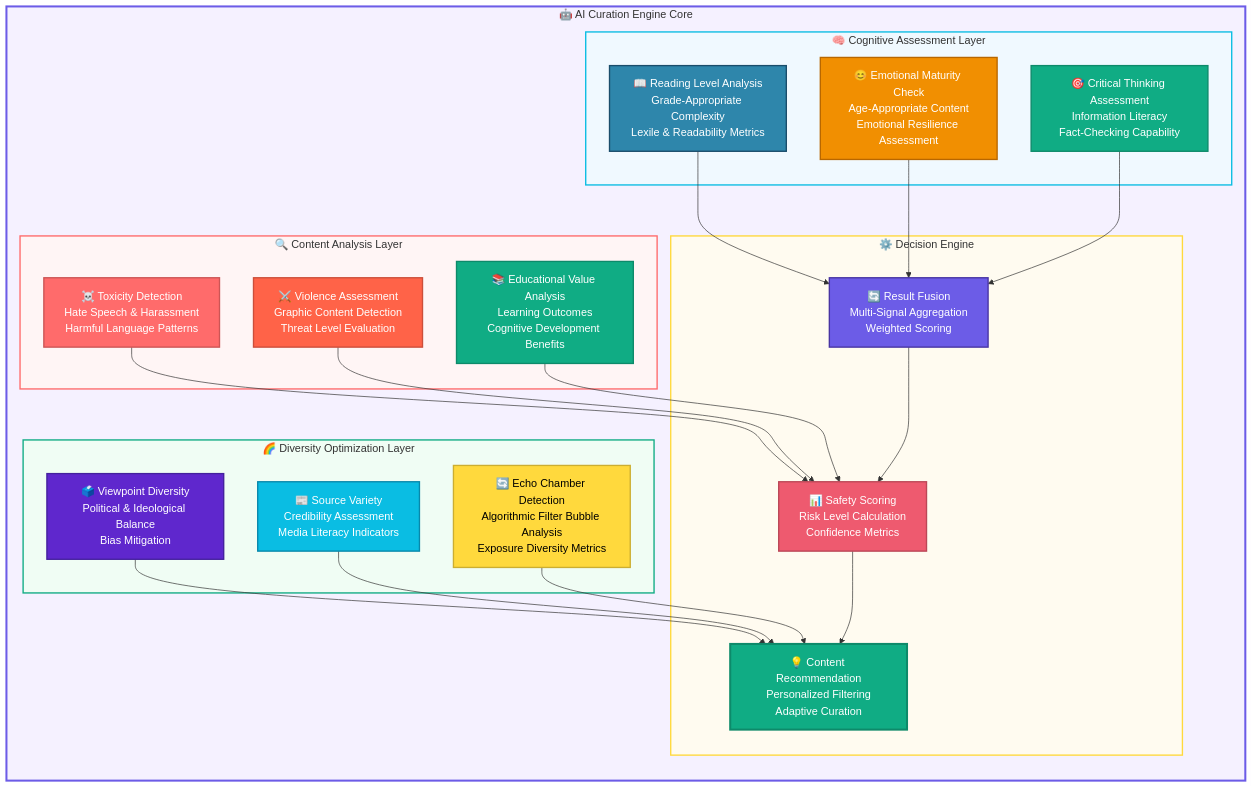
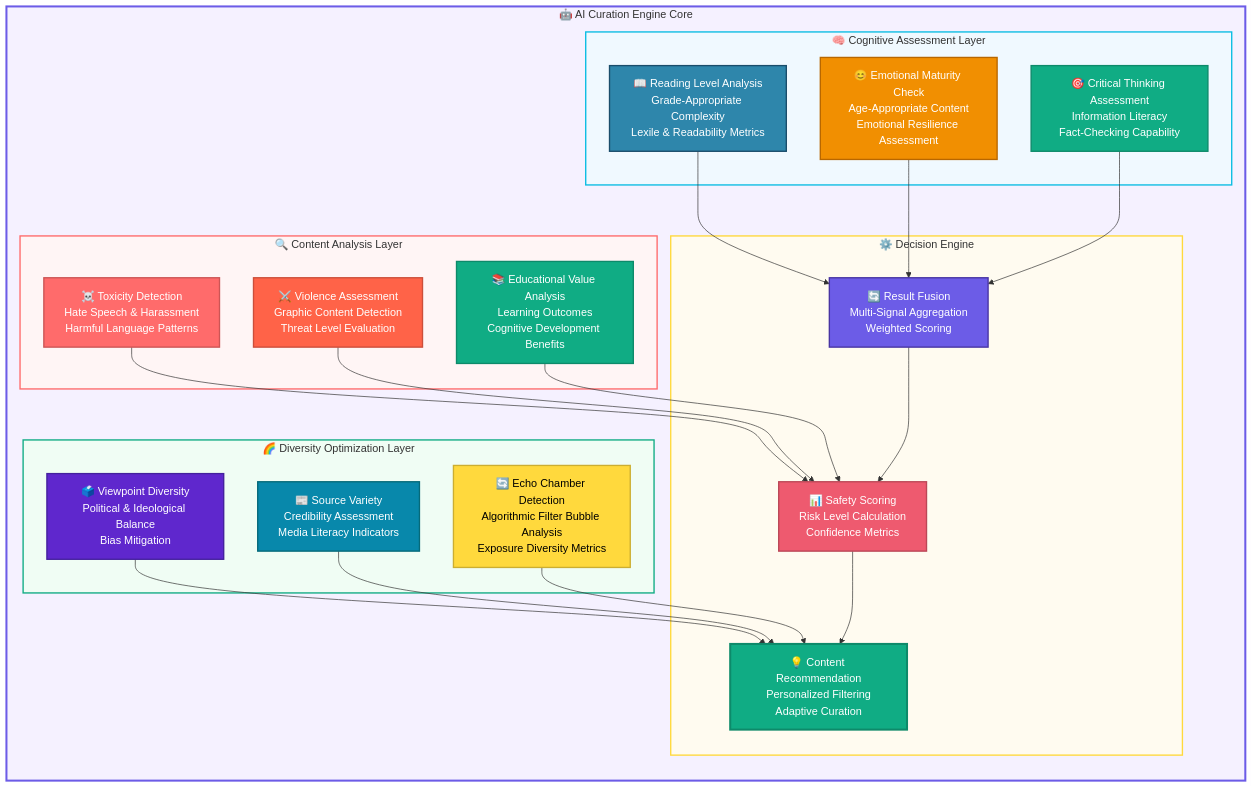
Before and after one commit to gitmujoshi/ai-curation-engine-cursor-generated: the fourth of 13 diagrams in docs/architecture/AI_Curation_Engine_Architecture.md, drawn with Mermaid. The commit also changed other lines of this file and 6 other files, not shown here.

First line of the commit message:
Fix text contrast issues in architecture diagrams

````diff
--- a/docs/architecture/AI_Curation_Engine_Architecture.md
+++ b/docs/architecture/AI_Curation_Engine_Architecture.md
@@ -740,65 +740,65 @@
 ```mermaid
 graph TB
     subgraph CORE["🤖 AI Curation Engine Core"]
         direction TB
         
         subgraph COGNITIVE["🧠 Cognitive Assessment Layer"]
             READING["📖 Reading Level Analysis<br/>Grade-Appropriate Complexity<br/>Lexile & Readability Metrics"]
             EMOTIONAL["😊 Emotional Maturity Check<br/>Age-Appropriate Content<br/>Emotional Resilience Assessment"]
             CRITICAL["🎯 Critical Thinking Assessment<br/>Information Literacy<br/>Fact-Checking Capability"]
         end
         
         subgraph ANALYSIS["🔍 Content Analysis Layer"]
             TOXICITY["☠️ Toxicity Detection<br/>Hate Speech & Harassment<br/>Harmful Language Patterns"]
             VIOLENCE["⚔️ Violence Assessment<br/>Graphic Content Detection<br/>Threat Level Evaluation"]
             EDUCATIONAL["📚 Educational Value Analysis<br/>Learning Outcomes<br/>Cognitive Development Benefits"]
         end
         
         subgraph DIVERSITY["🌈 Diversity Optimization Layer"]
             VIEWPOINT["🗳️ Viewpoint Diversity<br/>Political & Ideological Balance<br/>Bias Mitigation"]
             SOURCE["📰 Source Variety<br/>Credibility Assessment<br/>Media Literacy Indicators"]
             ECHO["🔄 Echo Chamber Detection<br/>Algorithmic Filter Bubble Analysis<br/>Exposure Diversity Metrics"]
         end
         
         subgraph DECISION["⚙️ Decision Engine"]
             COMBINE["🔄 Result Fusion<br/>Multi-Signal Aggregation<br/>Weighted Scoring"]
             SCORE["📊 Safety Scoring<br/>Risk Level Calculation<br/>Confidence Metrics"]
             RECOMMEND["💡 Content Recommendation<br/>Personalized Filtering<br/>Adaptive Curation"]
         end
     end
     
     READING --> COMBINE
     EMOTIONAL --> COMBINE
     CRITICAL --> COMBINE
     
     TOXICITY --> SCORE
     VIOLENCE --> SCORE
     EDUCATIONAL --> SCORE
     
     VIEWPOINT --> RECOMMEND
     SOURCE --> RECOMMEND
     ECHO --> RECOMMEND
     
     COMBINE --> SCORE
     SCORE --> RECOMMEND
     
     %% Professional color scheme
     style CORE fill:#F5F1FF,stroke:#6C5CE7,stroke-width:3px
     style COGNITIVE fill:#F0F9FF,stroke:#0ABDE3,stroke-width:2px
     style ANALYSIS fill:#FFF5F5,stroke:#FF6B6B,stroke-width:2px
     style DIVERSITY fill:#F0FDF4,stroke:#10AC84,stroke-width:2px
     style DECISION fill:#FFFBF0,stroke:#FFD93D,stroke-width:2px
     
     style READING fill:#2E86AB,stroke:#1A4D6B,stroke-width:2px,color:#fff
     style EMOTIONAL fill:#F18F01,stroke:#B86700,stroke-width:2px,color:#fff
     style CRITICAL fill:#10AC84,stroke:#0D8A6A,stroke-width:2px,color:#fff
     style TOXICITY fill:#FF6B6B,stroke:#CC5555,stroke-width:2px,color:#fff
     style VIOLENCE fill:#FF6348,stroke:#CC4E3A,stroke-width:2px,color:#fff
     style EDUCATIONAL fill:#10AC84,stroke:#0D8A6A,stroke-width:2px,color:#fff
     style VIEWPOINT fill:#5F27CD,stroke:#44219D,stroke-width:2px,color:#fff
-    style SOURCE fill:#0ABDE3,stroke:#0888AB,stroke-width:2px,color:#fff
+    style SOURCE fill:#0888AB,stroke:#066A7A,stroke-width:2px,color:#fff
     style ECHO fill:#FFD93D,stroke:#CCAE31,stroke-width:2px,color:#000
     style COMBINE fill:#6C5CE7,stroke:#4834A3,stroke-width:2px,color:#fff
     style SCORE fill:#EE5A6F,stroke:#BB4757,stroke-width:2px,color:#fff
     style RECOMMEND fill:#10AC84,stroke:#0D8A6A,stroke-width:3px,color:#fff
 ```
````
